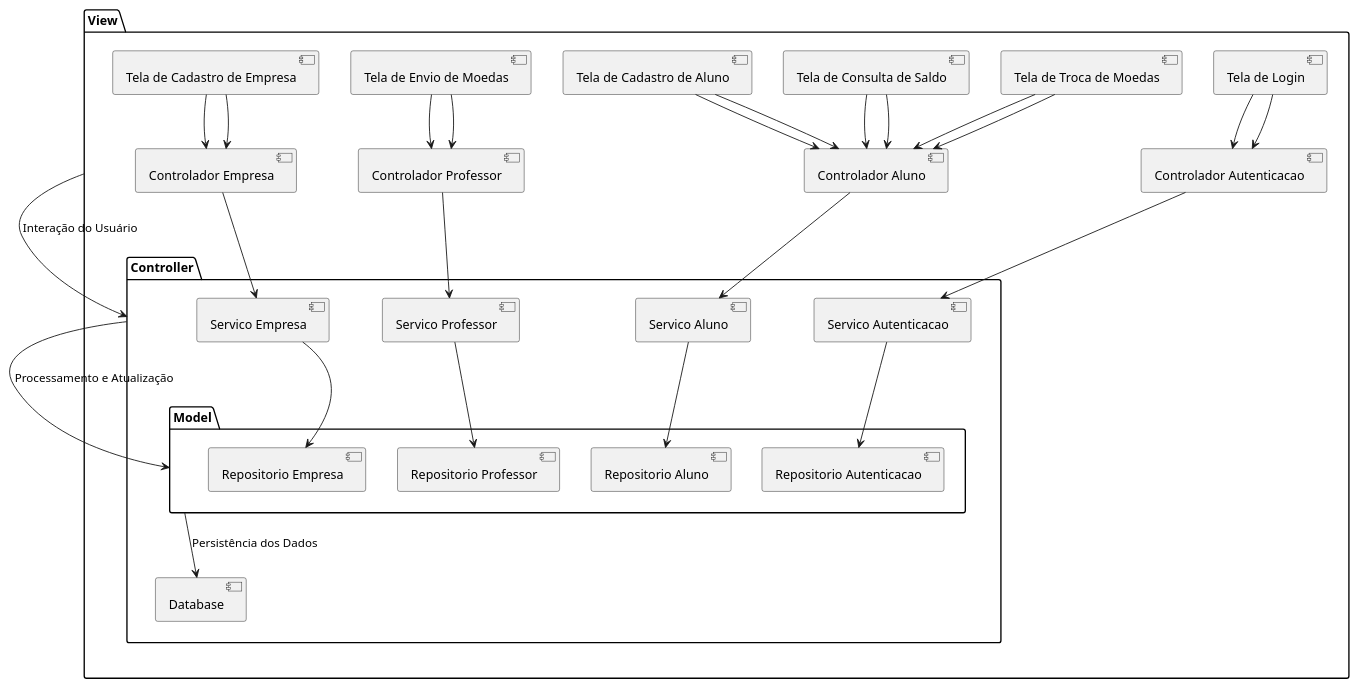
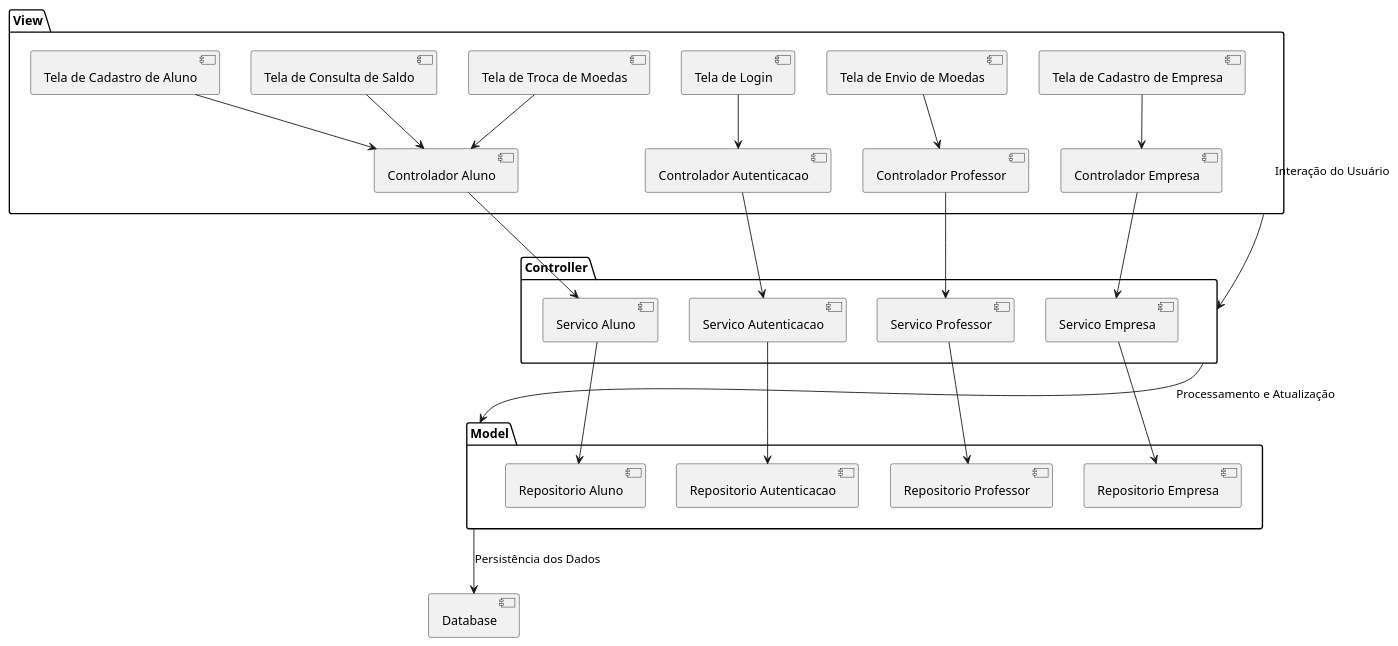
Before and after one commit to liviabontempol/LDS-projeto3: the diagram in project/diagramaDeComponentes.puml, drawn with PlantUML.

```diff
--- a/project/diagramaDeComponentes.puml
+++ b/project/diagramaDeComponentes.puml
@@ -1,40 +1,29 @@
 @startuml
-package "View" {
-    [Tela de Cadastro de Aluno] --> [Controlador Aluno]
-    [Tela de Login] --> [Controlador Autenticacao]
-    [Tela de Consulta de Saldo] --> [Controlador Aluno]
-    [Tela de Envio de Moedas] --> [Controlador Professor]
-    [Tela de Troca de Moedas] --> [Controlador Aluno]
-    [Tela de Cadastro de Empresa] --> [Controlador Empresa]
 package "View" {
     [Tela de Cadastro de Aluno] --> [Controlador Aluno]
     [Tela de Login] --> [Controlador Autenticacao]
     [Tela de Consulta de Saldo] --> [Controlador Aluno]
     [Tela de Envio de Moedas] --> [Controlador Professor]
     [Tela de Troca de Moedas] --> [Controlador Aluno]
     [Tela de Cadastro de Empresa] --> [Controlador Empresa]
 }
 
 package "Controller" {
-package "Controller" {
     [Controlador Aluno] --> [Servico Aluno]
     [Controlador Professor] --> [Servico Professor]
     [Controlador Empresa] --> [Servico Empresa]
     [Controlador Autenticacao] --> [Servico Autenticacao]
-}
-
-package "Model" {
 }
 
 package "Model" {
     [Servico Aluno] --> [Repositorio Aluno]
     [Servico Professor] --> [Repositorio Professor]
     [Servico Empresa] --> [Repositorio Empresa]
     [Servico Autenticacao] --> [Repositorio Autenticacao]
 }
 
 
 [View] --> [Controller] : Interação do Usuário
 [Controller] --> [Model] : Processamento e Atualização
 [Model] --> [Database] : Persistência dos Dados
 @enduml
```
